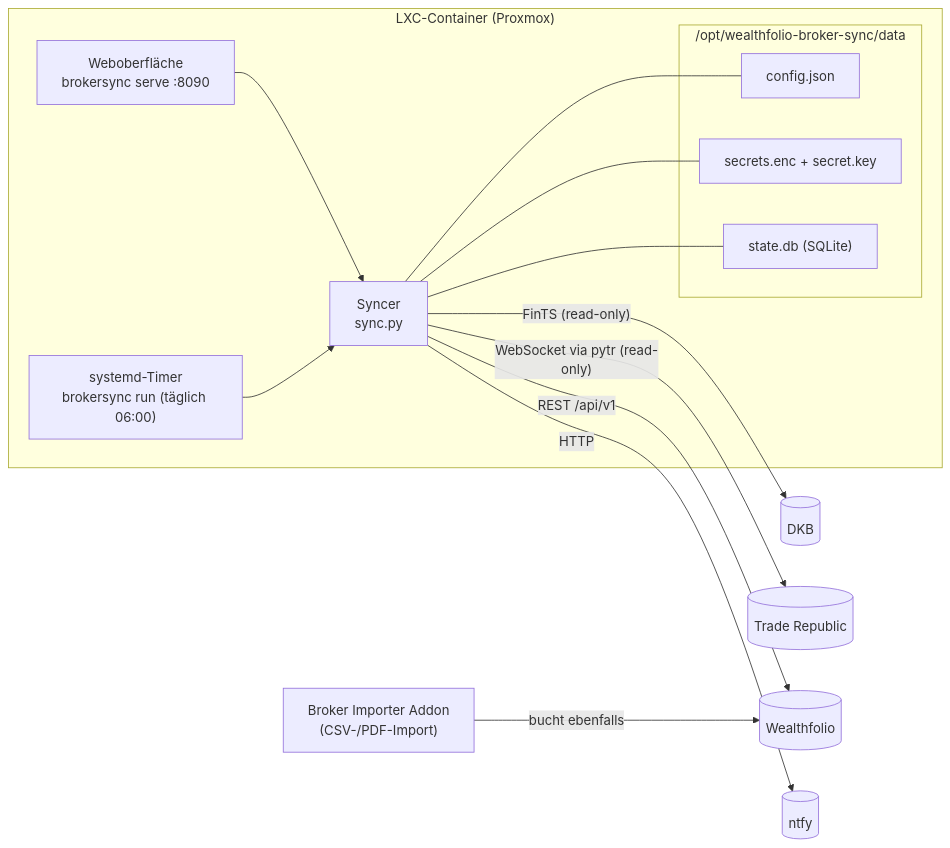
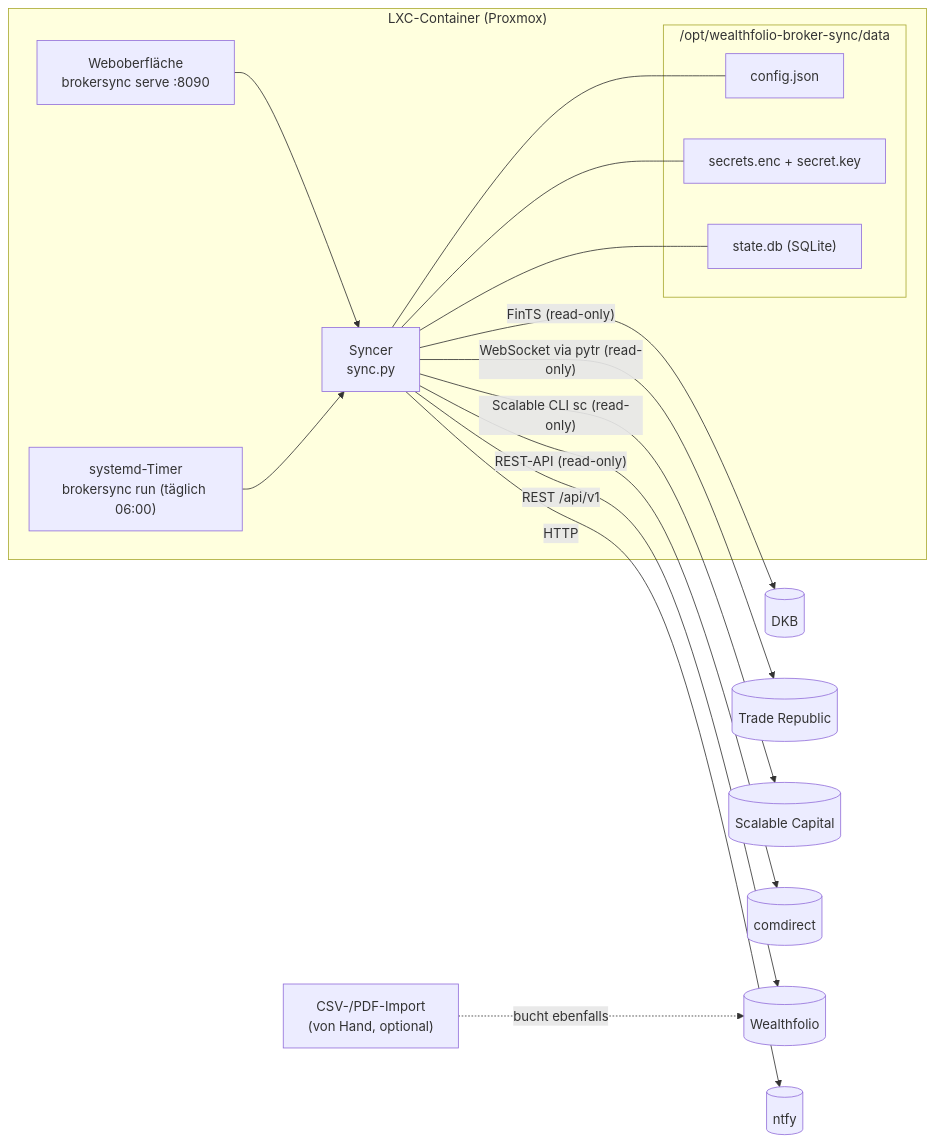
The first of 3 diagrams in ARCHITECTURE.md (waldonso2/Wealthfolio-broker-sync-service), drawn with Mermaid before and after one commit. The commit also changed other lines of this file and 12 other files, not shown here.

````diff
--- a/ARCHITECTURE.md
+++ b/ARCHITECTURE.md
@@ -7,21 +7,23 @@
 ```mermaid
 flowchart LR
   subgraph LXC["LXC-Container (Proxmox)"]
     UI["Weboberfläche<br/>brokersync serve :8090"]
     Timer["systemd-Timer<br/>brokersync run (täglich 06:00)"]
     Sync["Syncer<br/>sync.py"]
     subgraph data["/opt/wealthfolio-broker-sync/data"]
       Cfg["config.json"]
       Vault["secrets.enc + secret.key"]
       State["state.db (SQLite)"]
     end
     UI --> Sync
     Timer --> Sync
     Sync --- Cfg & Vault & State
   end
   Sync -- "FinTS (read-only)" --> DKB[(DKB)]
   Sync -- "WebSocket via pytr (read-only)" --> TR[(Trade Republic)]
+  Sync -- "Scalable CLI sc (read-only)" --> SC[(Scalable Capital)]
+  Sync -- "REST-API (read-only)" --> CD[(comdirect)]
   Sync -- "REST /api/v1" --> WF[(Wealthfolio)]
   Sync -- "HTTP" --> Ntfy[(ntfy)]
-  Addon["Broker Importer Addon<br/>(CSV-/PDF-Import)"] -- bucht ebenfalls --> WF
+  Import["CSV-/PDF-Import<br/>(von Hand, optional)"] -. bucht ebenfalls .-> WF
 ```
````
